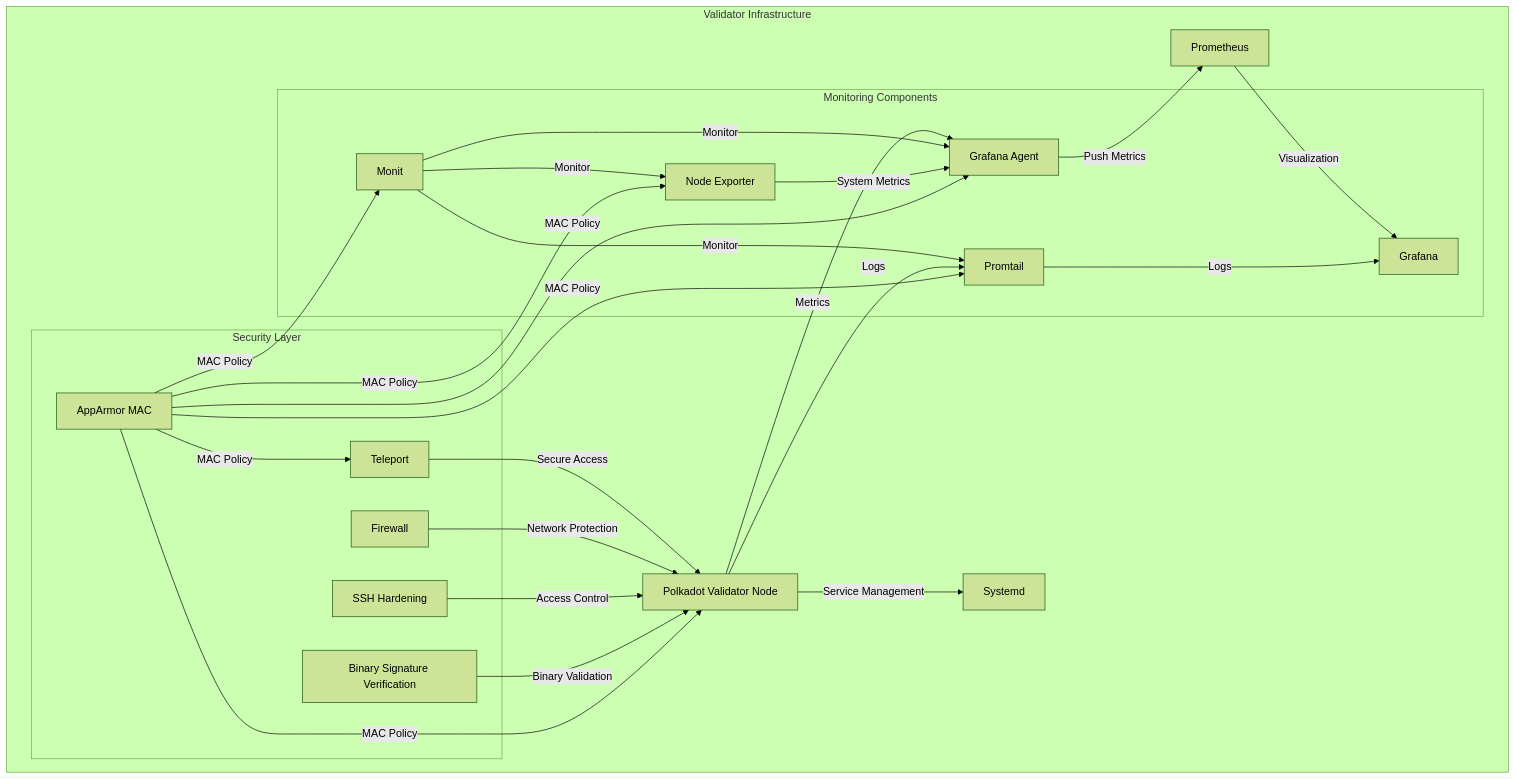
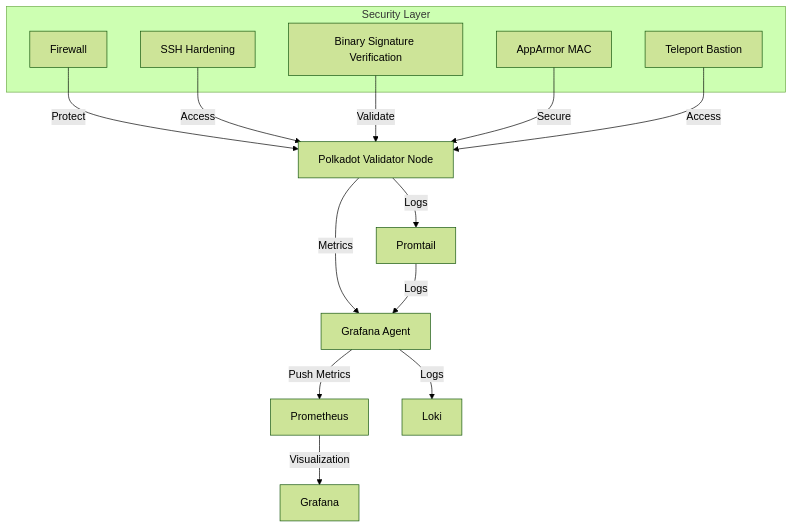
The first of 2 diagrams in README.md (pampatzoglou/provision-validators), drawn with Mermaid (forest theme) before and after one commit. The commit also changed 2 other files, not shown here.

Commit message:
update README files

````diff
--- a/README.md
+++ b/README.md
@@ -24,40 +24,23 @@
 ```mermaid
 graph TD
-    subgraph Validator Infrastructure
-        A[Polkadot Validator Node] --> |Metrics| B[Grafana Agent]
-        B --> |Push Metrics| C[Prometheus]
-        C --> |Visualization| D[Grafana]
-        
-        subgraph Security Layer
-            G[Firewall]
-            H[SSH Hardening]
-            I[Binary Signature Verification]
-            J[AppArmor MAC]
-            T[Teleport]
-        end
-
-        subgraph Monitoring Components
-            B
-            K[Node Exporter]
-            L[Promtail] --> |Logs| D[Grafana]
-            M[Monit] --> |Monitor| B
-            M --> |Monitor| K
-            M --> |Monitor| L
-        end
-
-        A --> |Logs| L
-        K --> |System Metrics| B
-        A --> |Service Management| N[Systemd]
-        T --> |Secure Access| A
+    A[Polkadot Validator Node] --> |Metrics| B[Grafana Agent]
+    B --> |Push Metrics| C[Prometheus]
+    C --> |Visualization| D[Grafana]
+    A --> |Logs| E[Promtail]
+    E --> |Logs| B
+    B --> |Logs| F[Loki]
+    
+    subgraph Security Layer
+        G[Firewall]
+        H[SSH Hardening]
+        I[Binary Signature Verification]
+        J[AppArmor MAC]
+        T[Teleport Bastion]
     end
 
-    G --> |Network Protection| A
-    H --> |Access Control| A
-    I --> |Binary Validation| A
-    J --> |MAC Policy| A
-    J --> |MAC Policy| B
-    J --> |MAC Policy| K
-    J --> |MAC Policy| L
-    J --> |MAC Policy| M
-    J --> |MAC Policy| T
+    G --> |Protect| A
+    H --> |Access| A
+    I --> |Validate| A
+    J --> |Secure| A
+    T --> |Access| A
 ```
````
